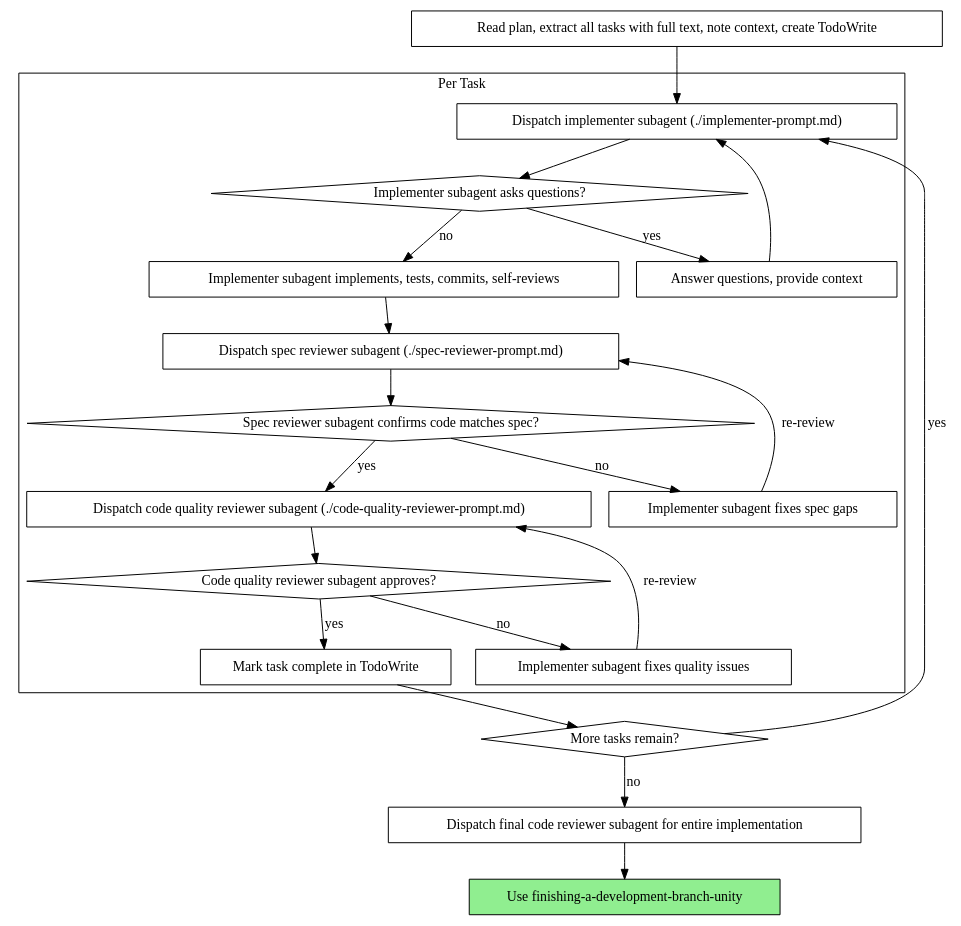
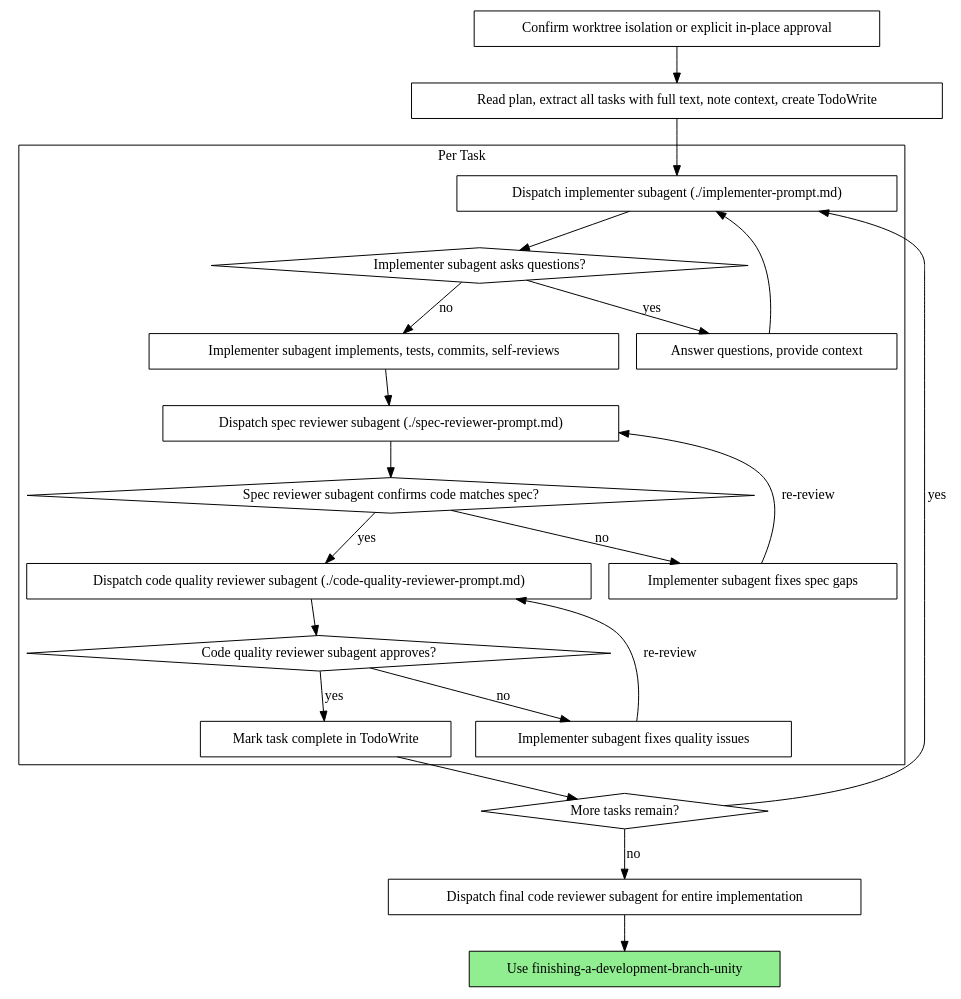
Before and after one commit to WackyGameStudio/unity-superpowers: the second of 2 diagrams in skills/subagent-driven-development-unity/SKILL.md, drawn with Graphviz. The commit also changed other lines of this file and 38 other files, not shown here.

````diff
--- a/skills/subagent-driven-development-unity/SKILL.md
+++ b/skills/subagent-driven-development-unity/SKILL.md
@@ -60,44 +62,46 @@
 ```dot
 digraph process {
     rankdir=TB;
 
     subgraph cluster_per_task {
         label="Per Task";
         "Dispatch implementer subagent (./implementer-prompt.md)" [shape=box];
         "Implementer subagent asks questions?" [shape=diamond];
         "Answer questions, provide context" [shape=box];
         "Implementer subagent implements, tests, commits, self-reviews" [shape=box];
         "Dispatch spec reviewer subagent (./spec-reviewer-prompt.md)" [shape=box];
         "Spec reviewer subagent confirms code matches spec?" [shape=diamond];
         "Implementer subagent fixes spec gaps" [shape=box];
         "Dispatch code quality reviewer subagent (./code-quality-reviewer-prompt.md)" [shape=box];
         "Code quality reviewer subagent approves?" [shape=diamond];
         "Implementer subagent fixes quality issues" [shape=box];
         "Mark task complete in TodoWrite" [shape=box];
     }
 
+    "Confirm worktree isolation or explicit in-place approval" [shape=box];
     "Read plan, extract all tasks with full text, note context, create TodoWrite" [shape=box];
     "More tasks remain?" [shape=diamond];
     "Dispatch final code reviewer subagent for entire implementation" [shape=box];
     "Use finishing-a-development-branch-unity" [shape=box style=filled fillcolor=lightgreen];
 
+    "Confirm worktree isolation or explicit in-place approval" -> "Read plan, extract all tasks with full text, note context, create TodoWrite";
     "Read plan, extract all tasks with full text, note context, create TodoWrite" -> "Dispatch implementer subagent (./implementer-prompt.md)";
     "Dispatch implementer subagent (./implementer-prompt.md)" -> "Implementer subagent asks questions?";
     "Implementer subagent asks questions?" -> "Answer questions, provide context" [label="yes"];
     "Answer questions, provide context" -> "Dispatch implementer subagent (./implementer-prompt.md)";
     "Implementer subagent asks questions?" -> "Implementer subagent implements, tests, commits, self-reviews" [label="no"];
     "Implementer subagent implements, tests, commits, self-reviews" -> "Dispatch spec reviewer subagent (./spec-reviewer-prompt.md)";
     "Dispatch spec reviewer subagent (./spec-reviewer-prompt.md)" -> "Spec reviewer subagent confirms code matches spec?";
     "Spec reviewer subagent confirms code matches spec?" -> "Implementer subagent fixes spec gaps" [label="no"];
     "Implementer subagent fixes spec gaps" -> "Dispatch spec reviewer subagent (./spec-reviewer-prompt.md)" [label="re-review"];
     "Spec reviewer subagent confirms code matches spec?" -> "Dispatch code quality reviewer subagent (./code-quality-reviewer-prompt.md)" [label="yes"];
     "Dispatch code quality reviewer subagent (./code-quality-reviewer-prompt.md)" -> "Code quality reviewer subagent approves?";
     "Code quality reviewer subagent approves?" -> "Implementer subagent fixes quality issues" [label="no"];
     "Implementer subagent fixes quality issues" -> "Dispatch code quality reviewer subagent (./code-quality-reviewer-prompt.md)" [label="re-review"];
     "Code quality reviewer subagent approves?" -> "Mark task complete in TodoWrite" [label="yes"];
     "Mark task complete in TodoWrite" -> "More tasks remain?";
     "More tasks remain?" -> "Dispatch implementer subagent (./implementer-prompt.md)" [label="yes"];
     "More tasks remain?" -> "Dispatch final code reviewer subagent for entire implementation" [label="no"];
     "Dispatch final code reviewer subagent for entire implementation" -> "Use finishing-a-development-branch-unity";
 }
 ```
````
